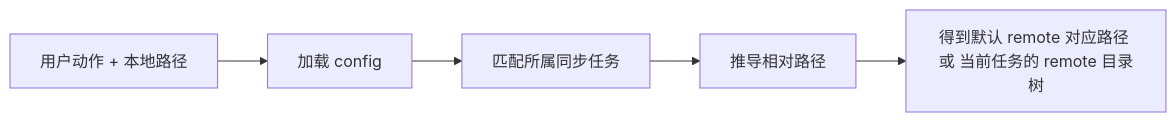
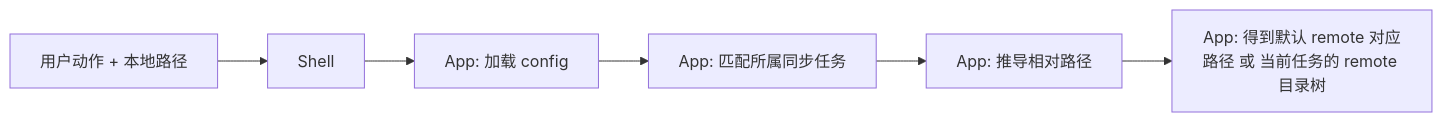
One commit to agalloch21/sync-with-rclone changed the first of 7 diagrams in docs/Flows.md. Above: the diagram before and after it, drawn with Mermaid. The commit also changed other lines of this file and 20 other files, not shown here.

````diff
--- a/docs/Flows.md
+++ b/docs/Flows.md
@@ -23,7 +23,8 @@
 ```mermaid
 flowchart LR
-  A["用户动作 + 本地路径"] --> B["加载 config"]
-  B --> C["匹配所属同步任务"]
-  C --> D["推导相对路径"]
-  D --> E["得到默认 remote 对应路径 或 当前任务的 remote 目录树"]
+  A["用户动作 + 本地路径"] --> B["Shell"]
+  B --> C["App: 加载 config"]
+  C --> D["App: 匹配所属同步任务"]
+  D --> E["App: 推导相对路径"]
+  E --> F["App: 得到默认 remote 对应路径 或 当前任务的 remote 目录树"]
 ```
````
